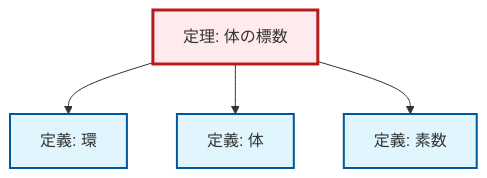
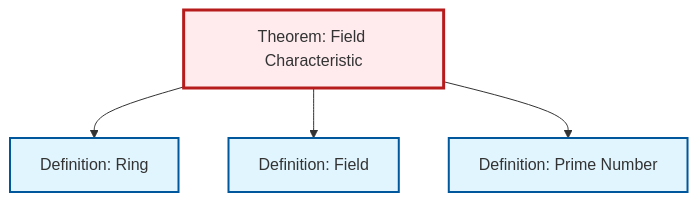
Before and after one commit to RK0429/ModernMath: the diagram in content/ja/algebra/thm-field-characteristic.qmd, drawn with Mermaid. The commit also changed 203 other files, not shown here.

````diff
--- a/content/ja/algebra/thm-field-characteristic.qmd
+++ b/content/ja/algebra/thm-field-characteristic.qmd
@@ -54,21 +54,17 @@
 ```{mermaid}
-%%| fig-cap: "局所的な依存関係グラフ"
+%%| fig-cap: "Local dependency graph"
 graph TD
     classDef definition fill:#e1f5fe,stroke:#01579b,stroke-width:2px
     classDef theorem fill:#f3e5f5,stroke:#4a148c,stroke-width:2px
     classDef axiom fill:#fff3e0,stroke:#e65100,stroke-width:2px
     classDef example fill:#e8f5e9,stroke:#1b5e20,stroke-width:2px
     classDef current fill:#ffebee,stroke:#b71c1c,stroke-width:3px
-    def-field["定義: 体"]:::definition
-    thm-field-characteristic["定理: 体の標数"]:::theorem
-    def-ring["定義: 環"]:::definition
-    def-prime["定義: 素数"]:::definition
+    def-prime["Definition: Prime Number"]:::definition
+    def-ring["Definition: Ring"]:::definition
+    def-field["Definition: Field"]:::definition
+    thm-field-characteristic["Theorem: Field Characteristic"]:::theorem
     thm-field-characteristic --> def-ring
     thm-field-characteristic --> def-field
     thm-field-characteristic --> def-prime
     class thm-field-characteristic current
-
-    click def-field "def-field.html" "Go to 定義: 体"
-    click def-ring "def-ring.html" "Go to 定義: 環"
-    click def-prime "def-prime.html" "Go to 定義: 素数"
 ```
````
